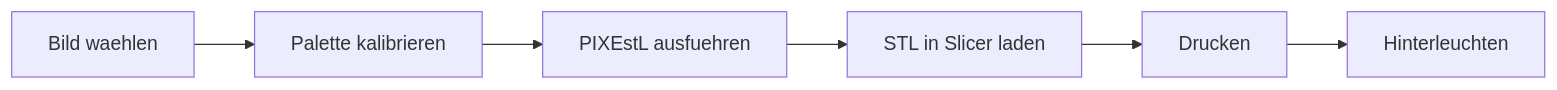
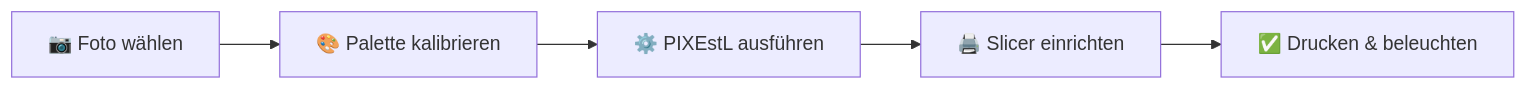
One commit to feurer98/PIXEstL changed the diagram in docs/index.md. Above: the diagram before and after it, drawn with Mermaid. The commit also changed other lines of this file and 14 other files, not shown here.

````diff
--- a/docs/index.md
+++ b/docs/index.md
@@ -49,8 +44,7 @@
 ```mermaid
 graph LR
-    A[Bild waehlen] --> B[Palette kalibrieren]
-    B --> C[PIXEstL ausfuehren]
-    C --> D[STL in Slicer laden]
-    D --> E[Drucken]
-    E --> F[Hinterleuchten]
+    A["📷 Foto wählen"] --> B["🎨 Palette kalibrieren"]
+    B --> C["⚙️ PIXEstL ausführen"]
+    C --> D["🖨️ Slicer einrichten"]
+    D --> E["✅ Drucken & beleuchten"]
 ```
````
